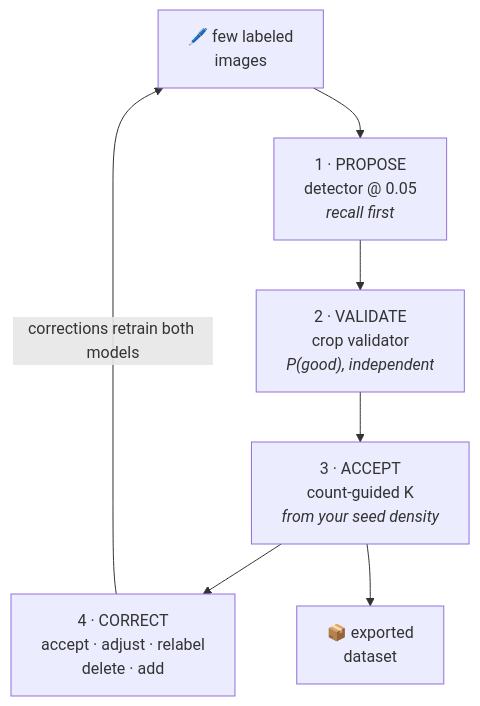
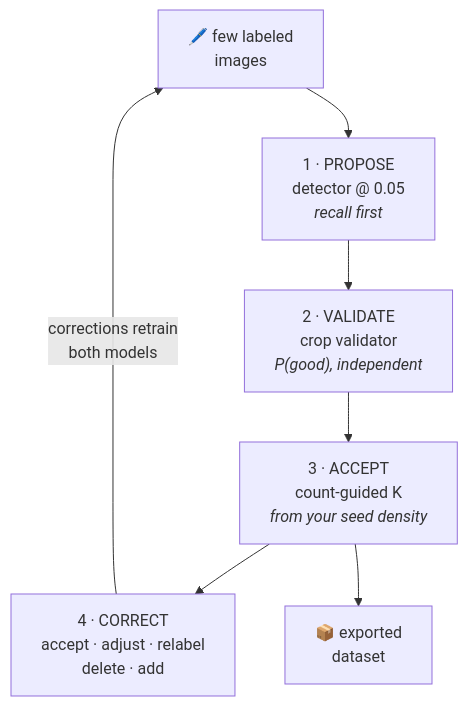
Before and after one commit to ISW-LAB/Pseudo-Guard-Studio: the diagram in README.md, drawn with Mermaid.

Commit message:
docs: pin the retrain edge label so it cannot reflow and clip
The label sat in a foreignObject fixed at mermaid's wrappingWidth default,
200x48 - exactly the size of the wrapped text, with no slack. That box holds
two lines. Readers whose browser has no Trebuchet MS fall back to a wider
face, the text reflows onto a third line, and the box clips it.

Breaking the label explicitly sizes the box to 134x48 and takes the wrap out
of the renderer's hands, so no font substitution can push it to a third line.

````diff
--- a/README.md
+++ b/README.md
@@ -135,9 +135,9 @@
 ```mermaid
 flowchart TB
     A["🖊️ few labeled<br/>images"] --> B["1 · PROPOSE<br/>detector @ 0.05<br/><i>recall first</i>"]
     B --> C["2 · VALIDATE<br/>crop validator<br/><i>P(good), independent</i>"]
     C --> D["3 · ACCEPT<br/>count-guided K<br/><i>from your seed density</i>"]
     D --> E["4 · CORRECT<br/>accept · adjust · relabel<br/>delete · add"]
-    E -->|corrections retrain both models| A
+    E -->|"corrections retrain<br/>both models"| A
     D --> F["📦 exported<br/>dataset"]
 ```
````
